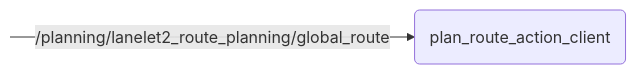
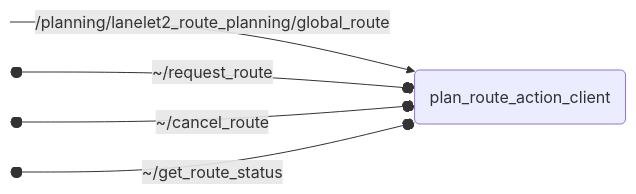
One commit to openads-project/lanelet2_route_planning changed the diagram in plan_route_action_client/README.md. Above: the diagram before and after it, drawn with Mermaid. The commit also changed other lines of this file and 4 other files, not shown here.

Commit message:
Fix consistency checks - Add required panel lint configuration and test dependencies - Align READMEs with the generator and document RequestRoute - Preserve panel instructions and client behavior descriptions

````diff
--- a/plan_route_action_client/README.md
+++ b/plan_route_action_client/README.md
@@ -17,6 +32,9 @@
 ```mermaid
 flowchart LR
     NODE("plan_route_action_client")
-    S1:::hidden -->|/planning/lanelet2_route_planning/global_route| NODE
+    S0:::hidden -->|/planning/lanelet2_route_planning/global_route| NODE
+    SS0:::hidden o--o|~/request_route| NODE
+    SS1:::hidden o--o|~/cancel_route| NODE
+    SS2:::hidden o--o|~/get_route_status| NODE
     classDef hidden display: none;
 ```
````
